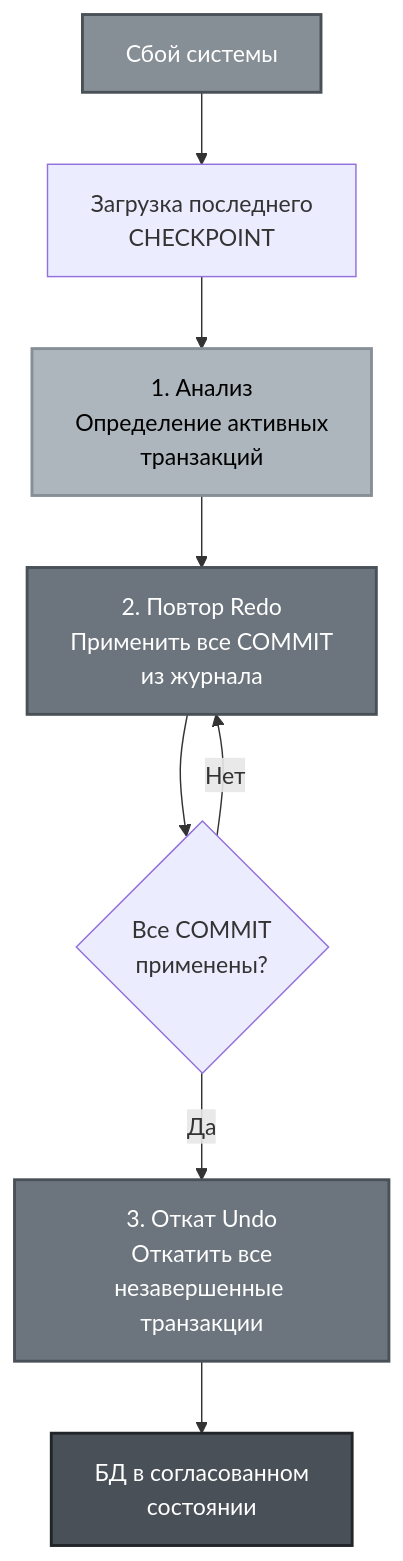
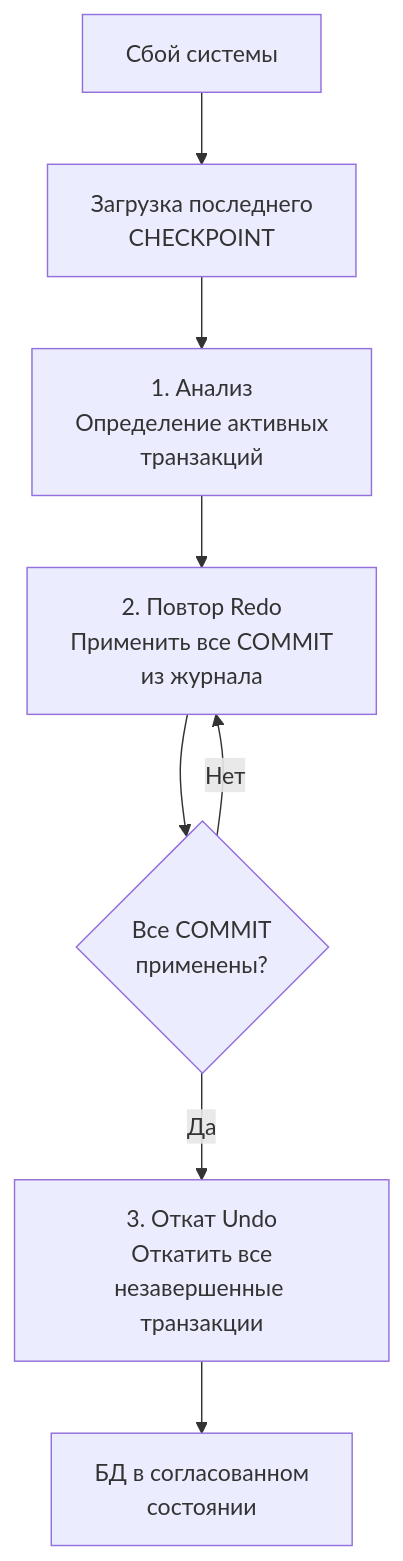
One commit to alx314vo/db_exam changed diagram 14 of 23 in db_exam.md. Above: the diagram before and after it, drawn with Mermaid. The commit also changed other lines of this file and 1 other file, not shown here.

````diff
--- a/db_exam.md
+++ b/db_exam.md
@@ -716,18 +664,13 @@
 ```mermaid
 flowchart TD
     Start[Сбой системы] --> Load[Загрузка последнего<br/>CHECKPOINT]
     Load --> Analysis[1. Анализ<br/>Определение активных<br/>транзакций]
     
     Analysis --> Redo[2. Повтор Redo<br/>Применить все COMMIT<br/>из журнала]
     Redo --> Check{Все COMMIT<br/>применены?}
     Check -->|Нет| Redo
     Check -->|Да| Undo[3. Откат Undo<br/>Откатить все<br/>незавершенные транзакции]
     
     Undo --> Result[БД в согласованном<br/>состоянии]
     
-    style Start fill:#868e96,stroke:#495057,stroke-width:2px,color:#fff
-    style Analysis fill:#adb5bd,stroke:#868e96,stroke-width:2px,color:#000
-    style Redo fill:#6c757d,stroke:#495057,stroke-width:2px,color:#fff
-    style Undo fill:#6c757d,stroke:#495057,stroke-width:2px,color:#fff
-    style Result fill:#495057,stroke:#212529,stroke-width:2px,color:#fff
 ```
````
